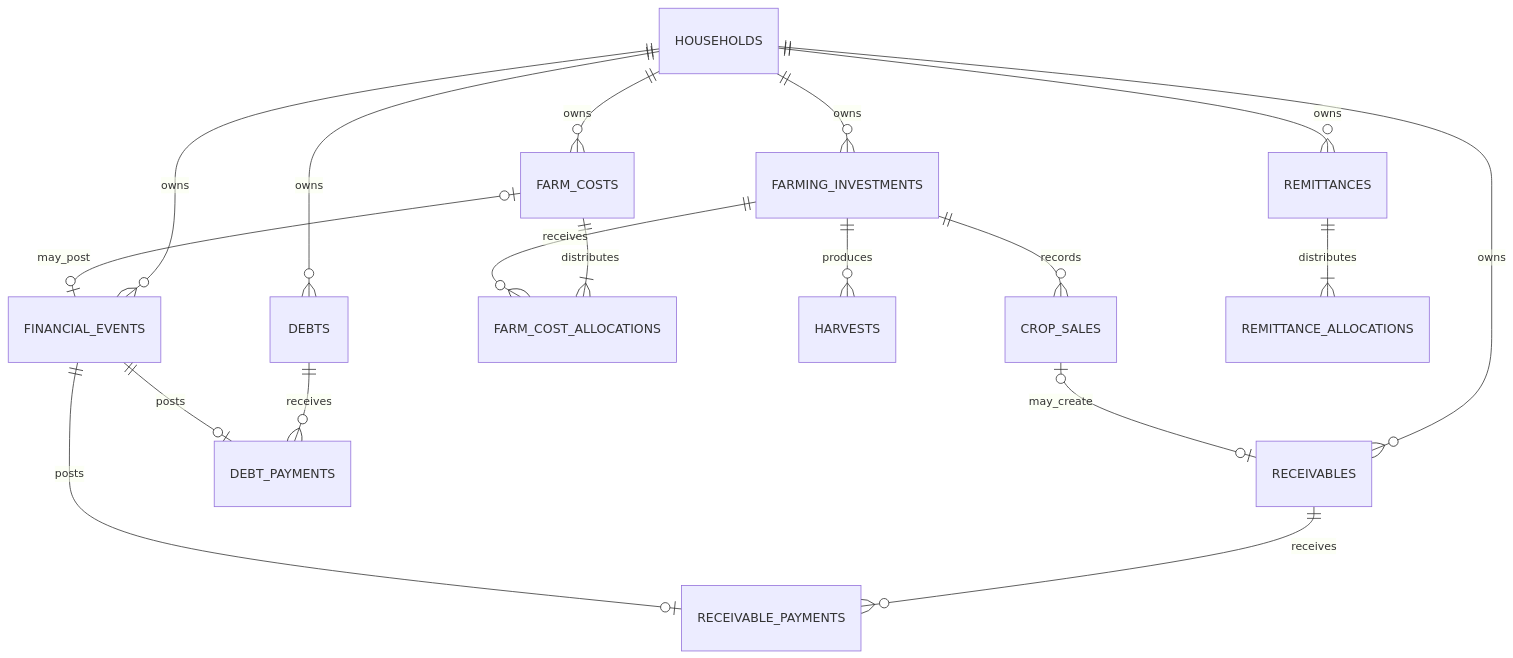
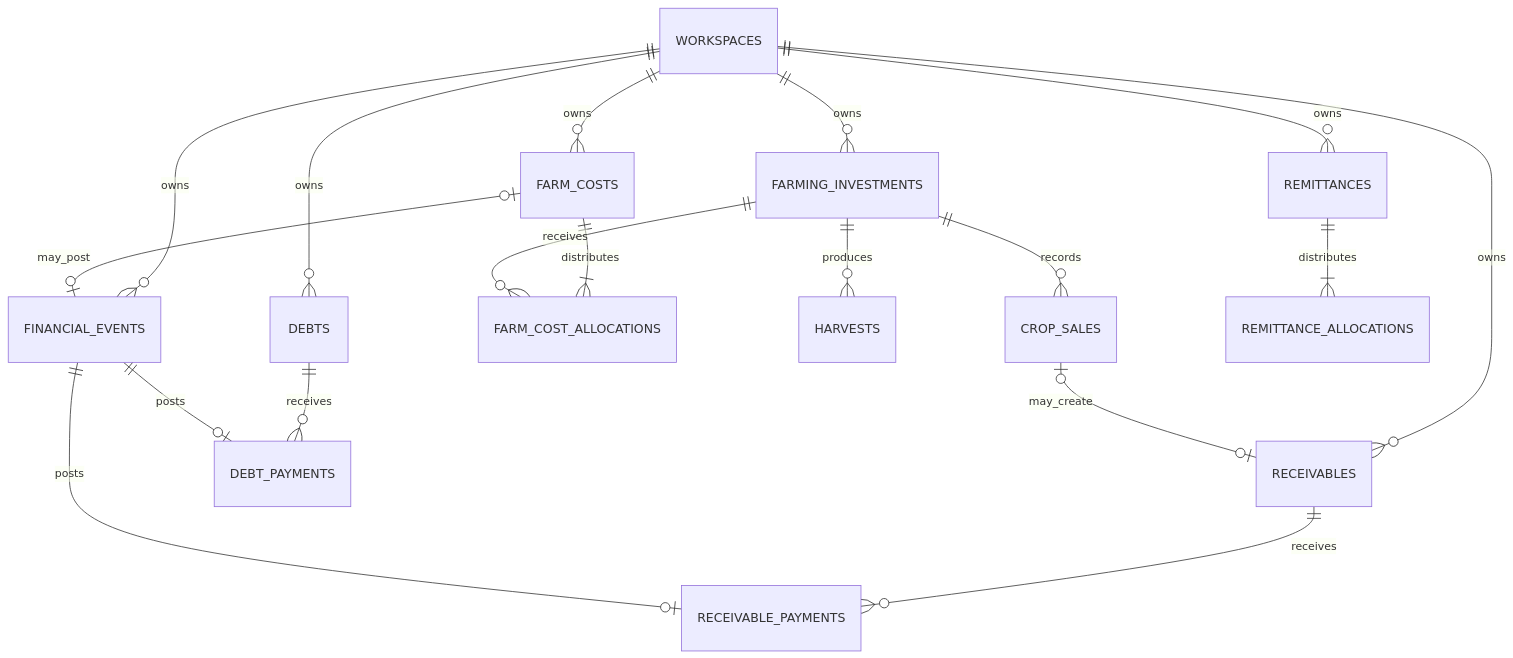
Before and after one commit to saiteinthine1020-source/F2S: the second of 3 diagrams in docs/08_Database_Design.md, drawn with Mermaid. The commit also changed other lines of this file and 36 other files, not shown here.

````diff
--- a/docs/08_Database_Design.md
+++ b/docs/08_Database_Design.md
@@ -65,25 +67,25 @@
 ```mermaid
 erDiagram
-    HOUSEHOLDS ||--o{ FINANCIAL_EVENTS : owns
-    HOUSEHOLDS ||--o{ FARMING_INVESTMENTS : owns
-    HOUSEHOLDS ||--o{ FARM_COSTS : owns
-    HOUSEHOLDS ||--o{ DEBTS : owns
-    HOUSEHOLDS ||--o{ RECEIVABLES : owns
-    HOUSEHOLDS ||--o{ REMITTANCES : owns
+    WORKSPACES ||--o{ FINANCIAL_EVENTS : owns
+    WORKSPACES ||--o{ FARMING_INVESTMENTS : owns
+    WORKSPACES ||--o{ FARM_COSTS : owns
+    WORKSPACES ||--o{ DEBTS : owns
+    WORKSPACES ||--o{ RECEIVABLES : owns
+    WORKSPACES ||--o{ REMITTANCES : owns
 
     FARM_COSTS ||--|{ FARM_COST_ALLOCATIONS : distributes
     FARMING_INVESTMENTS ||--o{ FARM_COST_ALLOCATIONS : receives
     FARM_COSTS o|--o| FINANCIAL_EVENTS : may_post
 
     FARMING_INVESTMENTS ||--o{ HARVESTS : produces
     FARMING_INVESTMENTS ||--o{ CROP_SALES : records
 
     CROP_SALES o|--o| RECEIVABLES : may_create
     RECEIVABLES ||--o{ RECEIVABLE_PAYMENTS : receives
     FINANCIAL_EVENTS ||--o| RECEIVABLE_PAYMENTS : posts
 
     DEBTS ||--o{ DEBT_PAYMENTS : receives
     FINANCIAL_EVENTS ||--o| DEBT_PAYMENTS : posts
 
     REMITTANCES ||--|{ REMITTANCE_ALLOCATIONS : distributes
 ```
````
